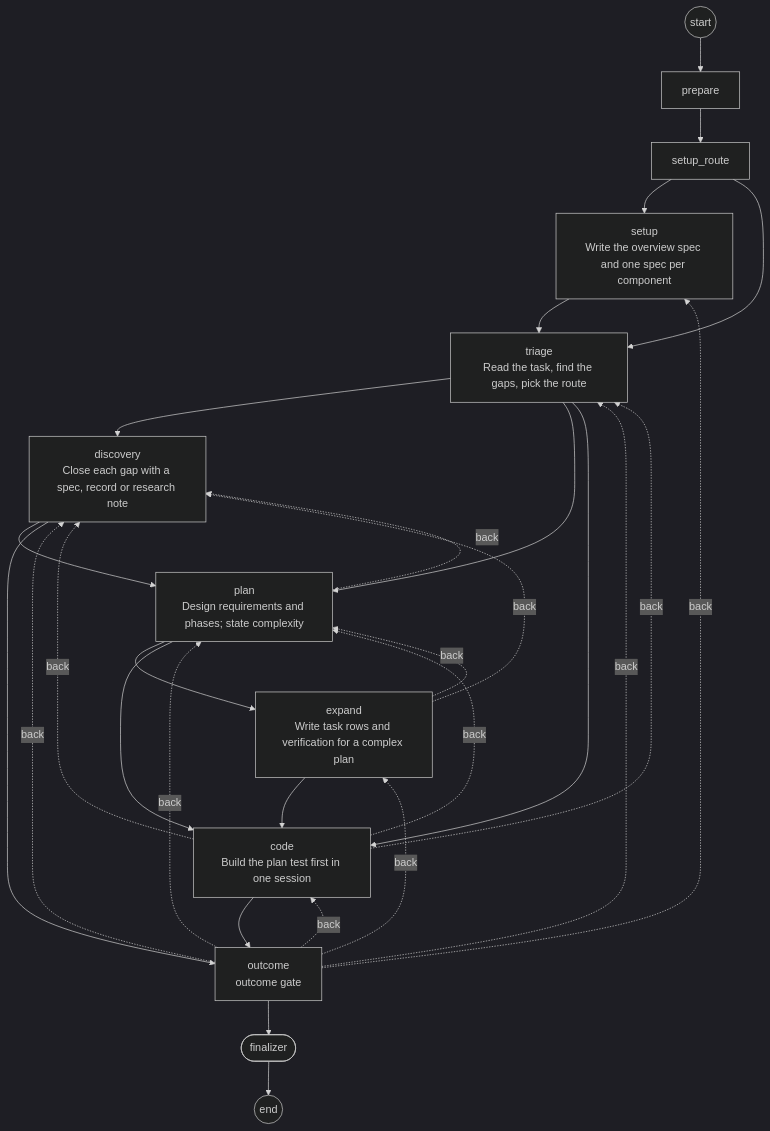
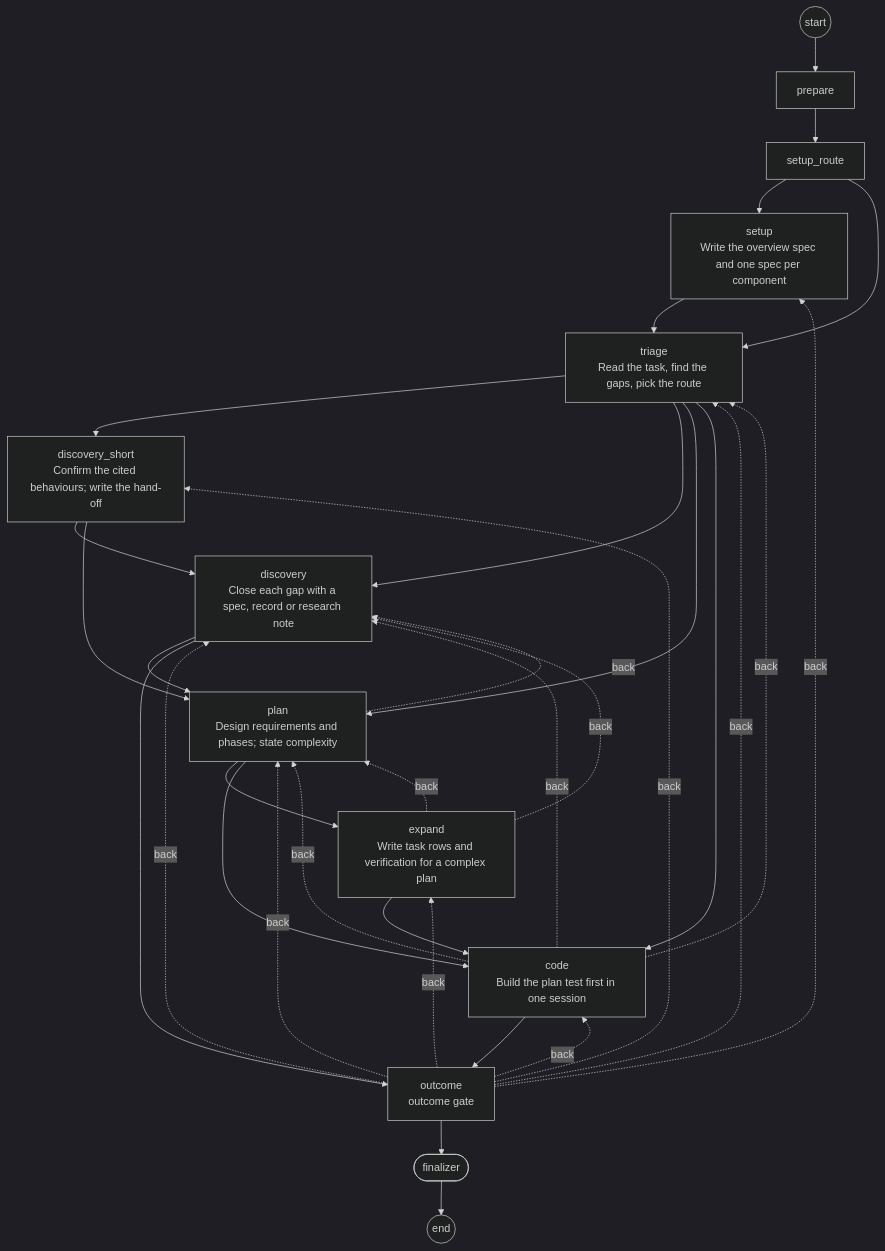
Before and after one commit to dbr0vskyi/tempergraph: the diagram in plugins/temperspec-tgraph/diagram/workflow.md, drawn with Mermaid (dark theme). The commit also changed 59 other files, not shown here.

First line of the commit message:
feat(temperspec-tgraph): short discovery visit, checked process criteria, cd-folder commands

````diff
--- a/plugins/temperspec-tgraph/diagram/workflow.md
+++ b/plugins/temperspec-tgraph/diagram/workflow.md
@@ -1,44 +1,49 @@
 ```mermaid
 flowchart TD
   start((start))
   u0["prepare"]
   u1["setup_route"]
   u2["setup<br/>Write the overview spec and one spec per component"]
   u3["triage<br/>Read the task, find the gaps, pick the route"]
-  u4["discovery<br/>Close each gap with a spec, record or research note"]
-  u5["plan<br/>Design requirements and phases; state complexity"]
-  u6["expand<br/>Write task rows and verification for a complex plan"]
-  u7["code<br/>Build the plan test first in one session"]
-  u8["outcome<br/>outcome gate"]
+  u4["discovery_short<br/>Confirm the cited behaviours; write the hand-off"]
+  u5["discovery<br/>Close each gap with a spec, record or research note"]
+  u6["plan<br/>Design requirements and phases; state complexity"]
+  u7["expand<br/>Write task rows and verification for a complex plan"]
+  u8["code<br/>Build the plan test first in one session"]
+  u9["outcome<br/>outcome gate"]
   fin([finalizer])
   stop((end))
   start --> u0
   u0 --> u1
   u1 --> u2
   u1 --> u3
   u2 --> u3
   u3 --> u4
   u3 --> u5
-  u3 --> u7
+  u3 --> u6
+  u3 --> u8
   u4 --> u5
-  u4 --> u8
+  u4 --> u6
   u5 --> u6
-  u5 --> u7
-  u5 -.->|back| u4
+  u5 --> u9
   u6 --> u7
+  u6 --> u8
   u6 -.->|back| u5
-  u6 -.->|back| u4
   u7 --> u8
+  u7 -.->|back| u6
   u7 -.->|back| u5
-  u7 -.->|back| u4
-  u7 -.->|back| u3
-  u8 --> fin
-  u8 -.->|back| u2
+  u8 --> u9
+  u8 -.->|back| u6
+  u8 -.->|back| u5
   u8 -.->|back| u3
-  u8 -.->|back| u4
-  u8 -.->|back| u5
-  u8 -.->|back| u6
-  u8 -.->|back| u7
+  u9 --> fin
+  u9 -.->|back| u2
+  u9 -.->|back| u3
+  u9 -.->|back| u4
+  u9 -.->|back| u5
+  u9 -.->|back| u6
+  u9 -.->|back| u7
+  u9 -.->|back| u8
   fin --> stop
 
 ```
````
